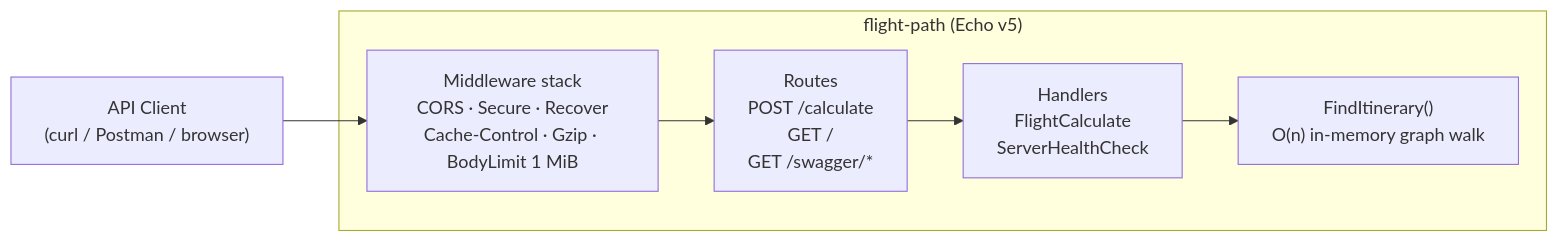
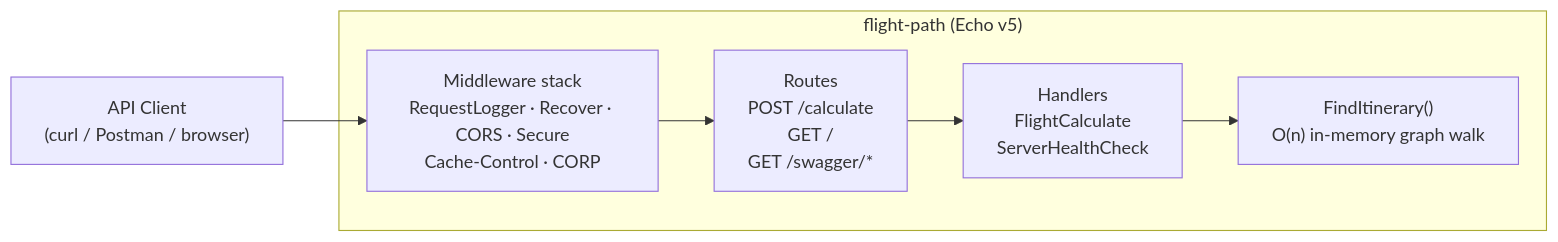
One commit to AndriyKalashnykov/flight-path changed the second of 2 diagrams in README.md. Above: the diagram before and after it, drawn with Mermaid. The commit also changed other lines of this file and 10 other files, not shown here.

````diff
--- a/README.md
+++ b/README.md
@@ -83,11 +83,11 @@
 ```mermaid
 flowchart LR
     client["API Client<br/>(curl / Postman / browser)"]
     subgraph server["flight-path (Echo v5)"]
-        mw["Middleware stack<br/>CORS · Secure · Recover<br/>Cache-Control · Gzip · BodyLimit 1 MiB"]
+        mw["Middleware stack<br/>RequestLogger · Recover · CORS · Secure<br/>Cache-Control · CORP"]
         routes["Routes<br/>POST /calculate<br/>GET /<br/>GET /swagger/*"]
         handlers["Handlers<br/>FlightCalculate<br/>ServerHealthCheck"]
         algo["FindItinerary()<br/>O(n) in-memory graph walk"]
     end
     client --> mw --> routes --> handlers --> algo
 ```
````
